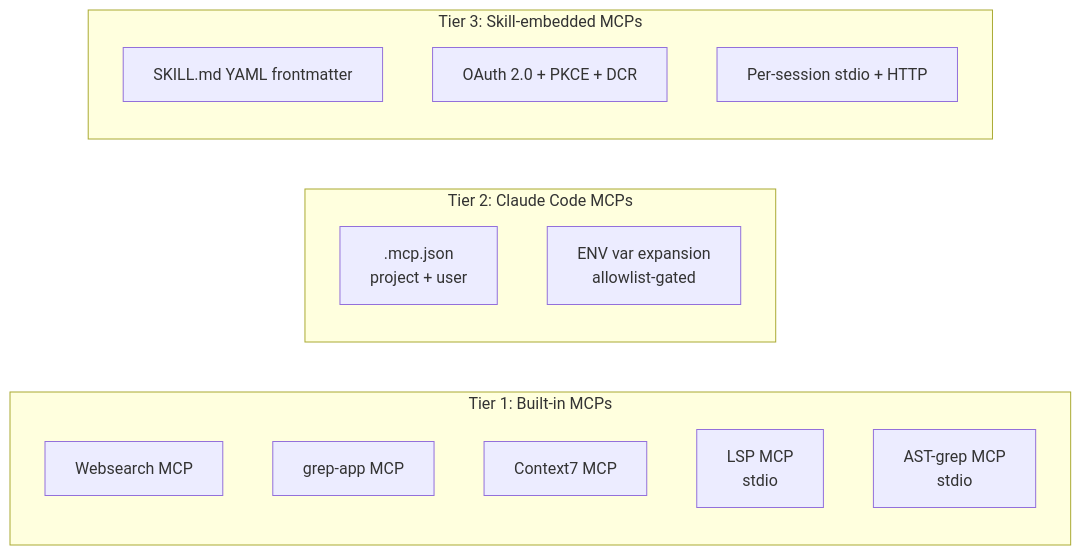
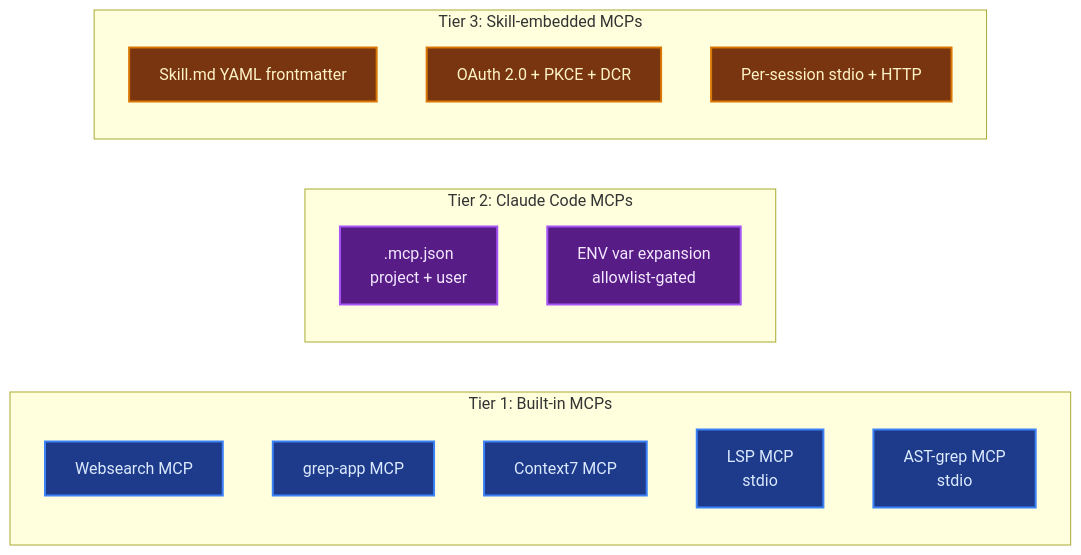
The fourth of 5 diagrams in README.md (hecateq/hecateq-openagent), drawn with Mermaid before and after one commit. The commit also changed other lines of this file, not shown here.

````diff
--- a/README.md
+++ b/README.md
@@ -851,21 +866,25 @@
 ```mermaid
 graph LR
+    classDef t1 fill:#1e3a8a,stroke:#3b82f6,stroke-width:2px,color:#dbeafe;
+    classDef t2 fill:#581c87,stroke:#a855f7,stroke-width:2px,color:#f3e8ff;
+    classDef t3 fill:#78350f,stroke:#d97706,stroke-width:2px,color:#fef3c7;
+
     subgraph "Tier 1: Built-in MCPs"
-        W[Websearch MCP]
-        G[grep-app MCP]
-        C[Context7 MCP]
-        L[LSP MCP<br/>stdio]
-        A[AST-grep MCP<br/>stdio]
+        W[Websearch MCP]:::t1
+        G[grep-app MCP]:::t1
+        C[Context7 MCP]:::t1
+        L[LSP MCP<br/>stdio]:::t1
+        A[AST-grep MCP<br/>stdio]:::t1
     end
     
     subgraph "Tier 2: Claude Code MCPs"
-        MC[.mcp.json<br/>project + user]
-        ENV[ENV var expansion<br/>allowlist-gated]
+        MC[.mcp.json<br/>project + user]:::t2
+        ENV[ENV var expansion<br/>allowlist-gated]:::t2
     end
     
     subgraph "Tier 3: Skill-embedded MCPs"
-        SK[SKILL.md YAML frontmatter]
-        OA[OAuth 2.0 + PKCE + DCR]
-        SS[Per-session stdio + HTTP]
+        SK[Skill.md YAML frontmatter]:::t3
+        OA[OAuth 2.0 + PKCE + DCR]:::t3
+        SS[Per-session stdio + HTTP]:::t3
     end
 ```
````
